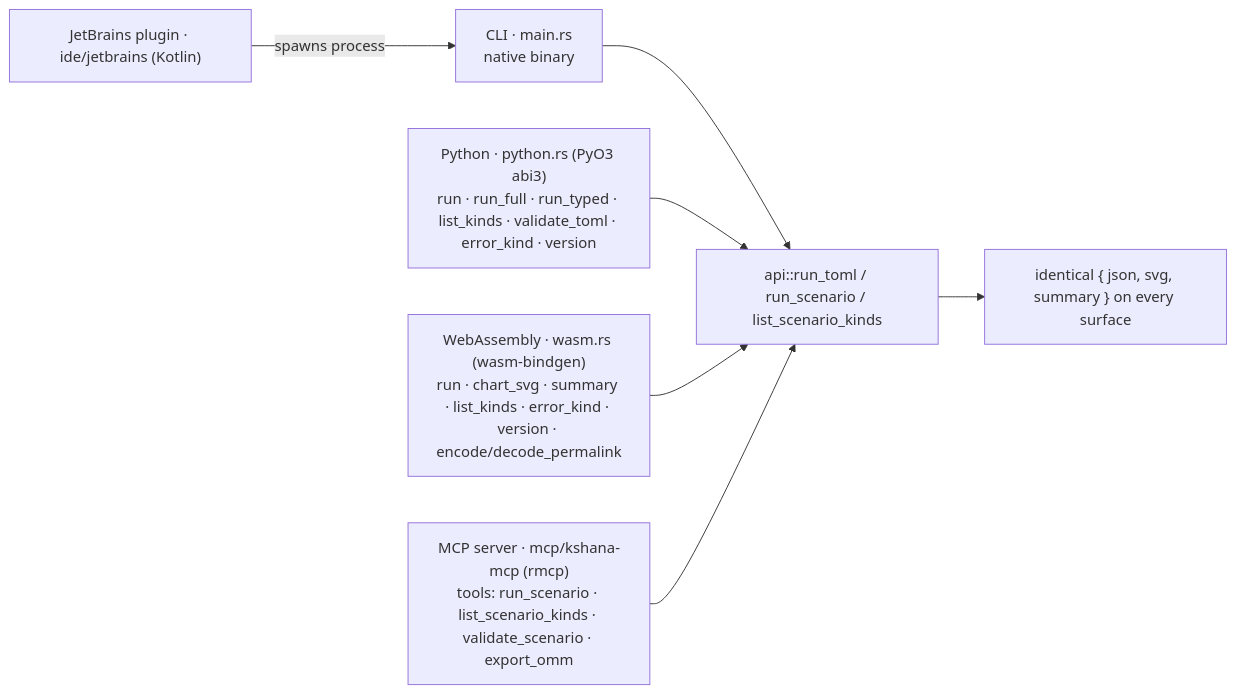
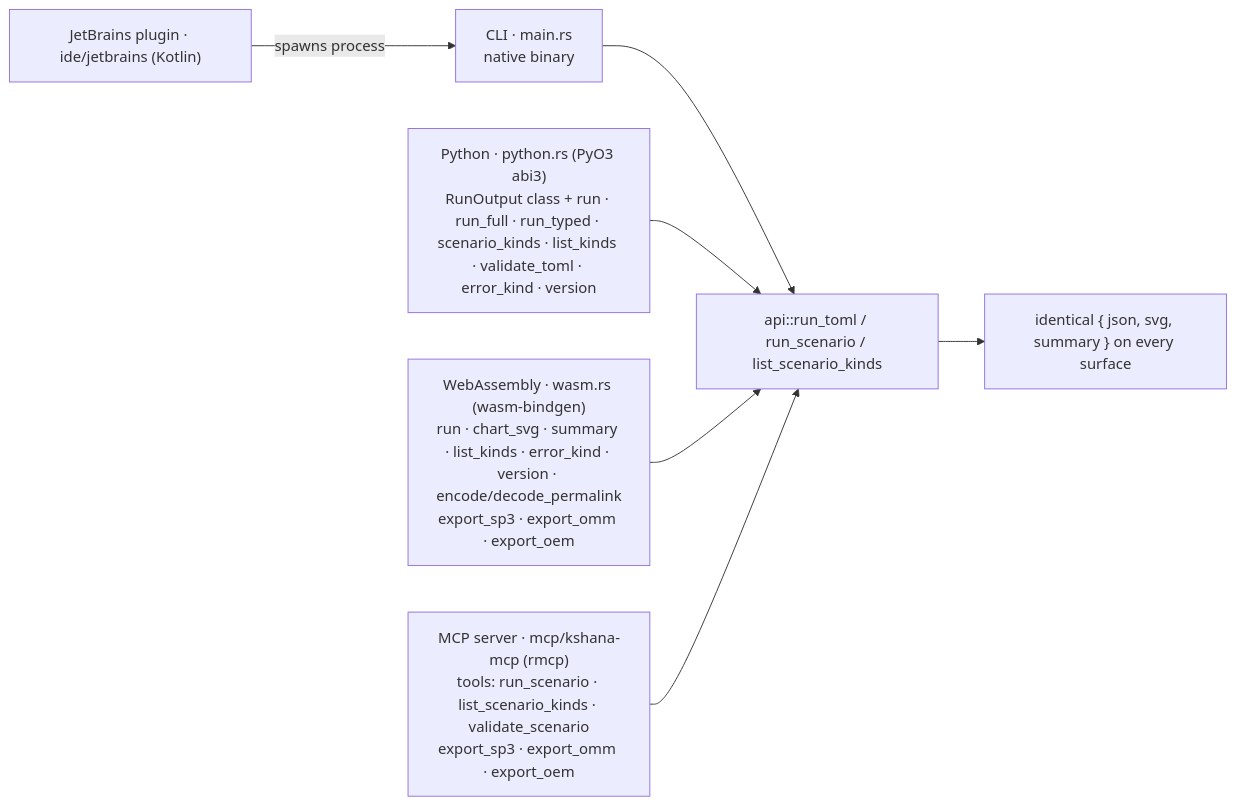
One commit to ashfordeOU/kshana changed diagram 11 of 11 in docs/ARCHITECTURE.md. Above: the diagram before and after it, drawn with Mermaid. The commit also changed other lines of this file and 63 other files, not shown here.

````diff
--- a/docs/ARCHITECTURE.md
+++ b/docs/ARCHITECTURE.md
@@ -561,9 +563,9 @@
 ```mermaid
 flowchart LR
     cli["CLI · main.rs<br/>native binary"] --> api
-    py["Python · python.rs (PyO3 abi3)<br/>run · run_full · run_typed · list_kinds · validate_toml · error_kind · version"] --> api
-    wasm["WebAssembly · wasm.rs (wasm-bindgen)<br/>run · chart_svg · summary · list_kinds · error_kind · version · encode/decode_permalink"] --> api
-    mcp["MCP server · mcp/kshana-mcp (rmcp)<br/>tools: run_scenario · list_scenario_kinds · validate_scenario · export_omm"] --> api
+    py["Python · python.rs (PyO3 abi3)<br/>RunOutput class + run · run_full · run_typed · scenario_kinds · list_kinds · validate_toml · error_kind · version"] --> api
+    wasm["WebAssembly · wasm.rs (wasm-bindgen)<br/>run · chart_svg · summary · list_kinds · error_kind · version · encode/decode_permalink<br/>export_sp3 · export_omm · export_oem"] --> api
+    mcp["MCP server · mcp/kshana-mcp (rmcp)<br/>tools: run_scenario · list_scenario_kinds · validate_scenario<br/>export_sp3 · export_omm · export_oem"] --> api
     ide["JetBrains plugin · ide/jetbrains (Kotlin)"] -- spawns process --> cli
     api["api::run_toml / run_scenario / list_scenario_kinds"] --> out["identical { json, svg, summary } on every surface"]
 ```
````
